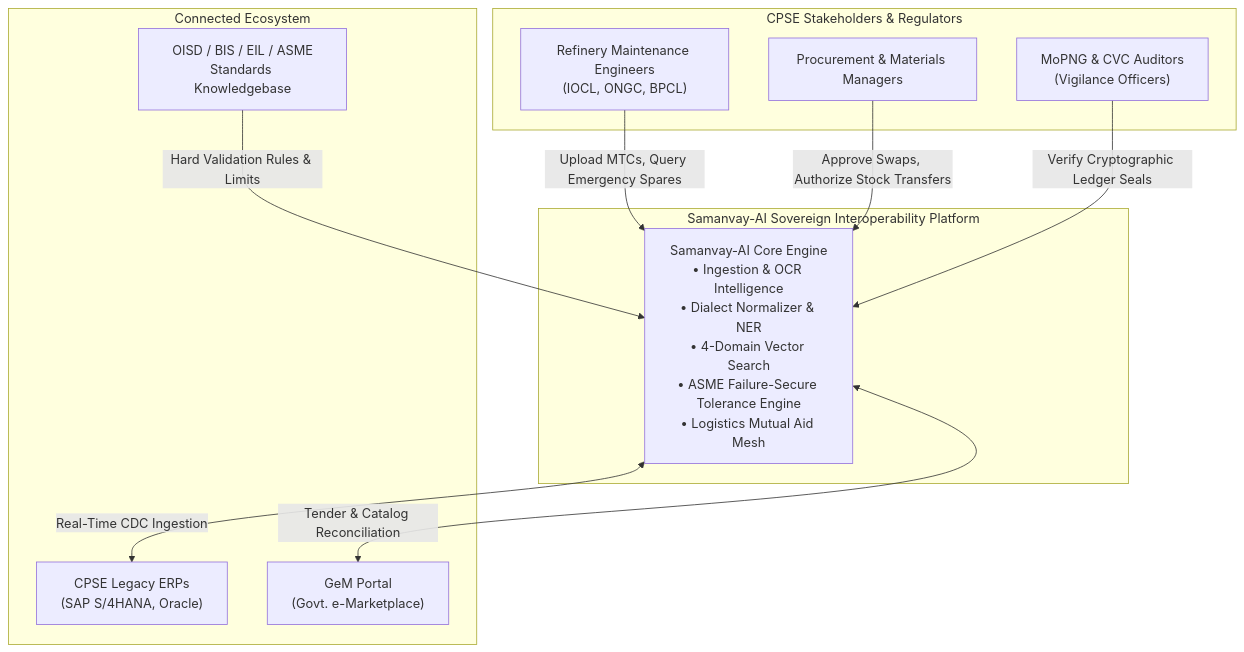
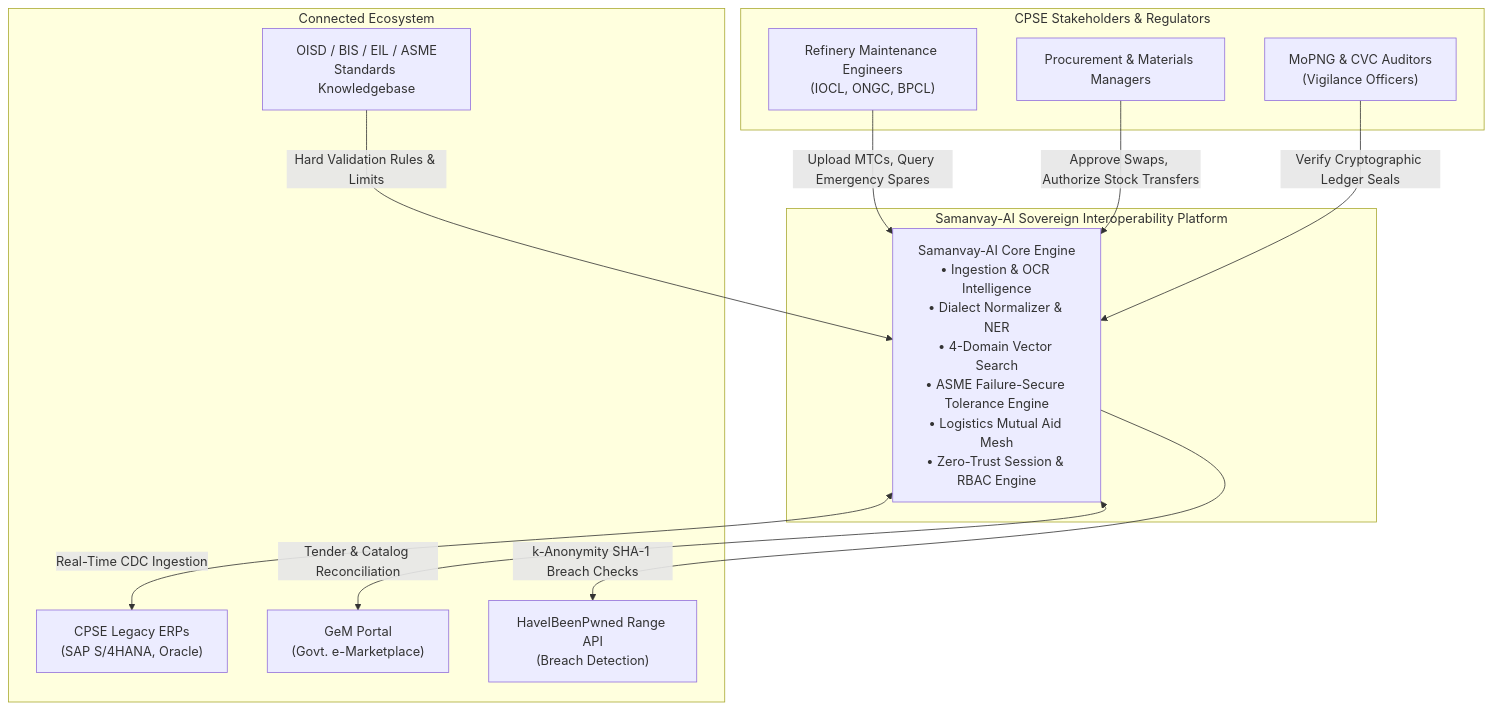
Before and after one commit to Gesicht436/Samanvay-AI: the first of 2 diagrams in README.md, drawn with Mermaid. The commit also changed other lines of this file and 20 other files, not shown here.

First line of the commit message:
docs: update architectural documentation, security specs, and dev runbooks for enterprise auth

````diff
--- a/README.md
+++ b/README.md
@@ -36,25 +36,27 @@
 ```mermaid
 flowchart TD
     subgraph Users ["CPSE Stakeholders & Regulators"]
         ENG["Refinery Maintenance Engineers<br>(IOCL, ONGC, BPCL)"]
         MGR["Procurement & Materials Managers"]
         AUD["MoPNG & CVC Auditors<br>(Vigilance Officers)"]
     end
 
     subgraph Platform ["Samanvay-AI Sovereign Interoperability Platform"]
-        SAMANVAY["Samanvay-AI Core Engine<br>• Ingestion & OCR Intelligence<br>• Dialect Normalizer & NER<br>• 4-Domain Vector Search<br>• ASME Failure-Secure Tolerance Engine<br>• Logistics Mutual Aid Mesh"]
+        SAMANVAY["Samanvay-AI Core Engine<br>• Ingestion & OCR Intelligence<br>• Dialect Normalizer & NER<br>• 4-Domain Vector Search<br>• ASME Failure-Secure Tolerance Engine<br>• Logistics Mutual Aid Mesh<br>• Zero-Trust Session & RBAC Engine"]
     end
 
     subgraph External ["Connected Ecosystem"]
         ERP["CPSE Legacy ERPs<br>(SAP S/4HANA, Oracle)"]
         GEM["GeM Portal<br>(Govt. e-Marketplace)"]
         STANDARDS["OISD / BIS / EIL / ASME<br>Standards Knowledgebase"]
+        HIBP_API["HaveIBeenPwned Range API<br>(Breach Detection)"]
     end
 
     ENG -->|"Upload MTCs, Query Emergency Spares"| SAMANVAY
     MGR -->|"Approve Swaps, Authorize Stock Transfers"| SAMANVAY
     AUD -->|"Verify Cryptographic Ledger Seals"| SAMANVAY
     SAMANVAY <-->|"Real-Time CDC Ingestion"| ERP
     SAMANVAY <-->|"Tender & Catalog Reconciliation"| GEM
     STANDARDS -->|"Hard Validation Rules & Limits"| SAMANVAY
+    SAMANVAY -->|"k-Anonymity SHA-1 Breach Checks"| HIBP_API
 ```
````
